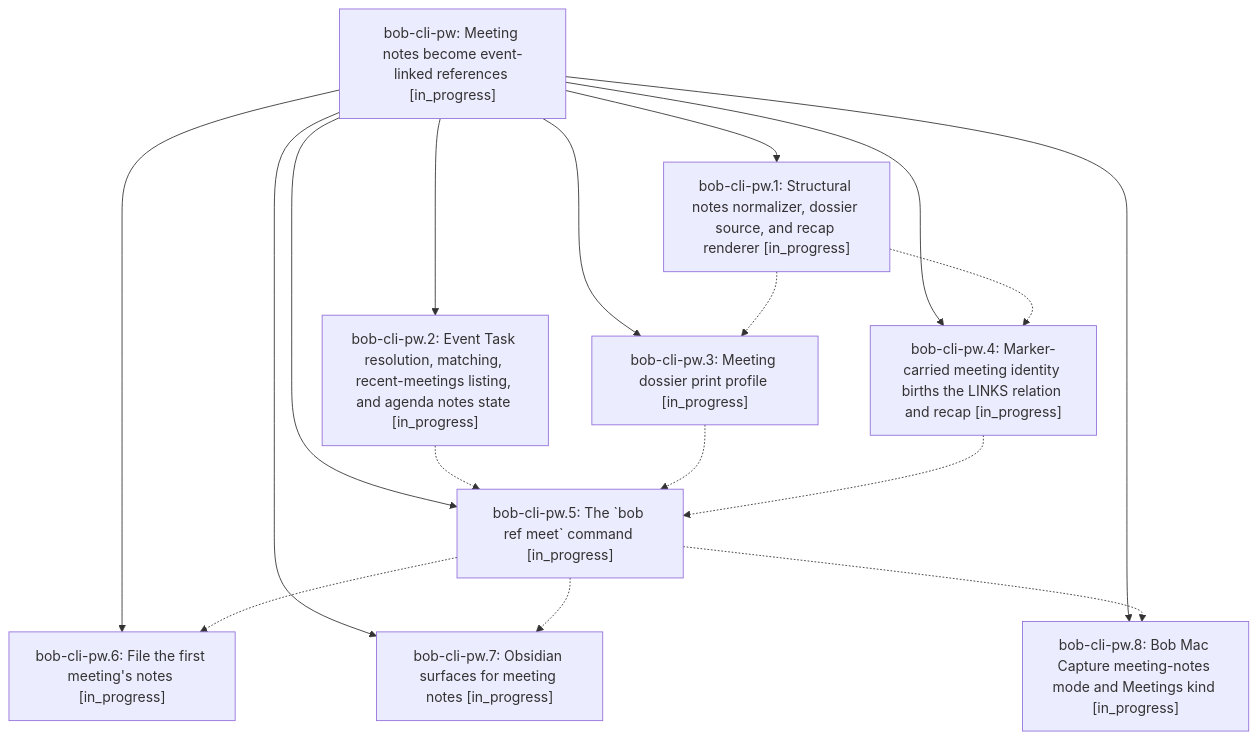
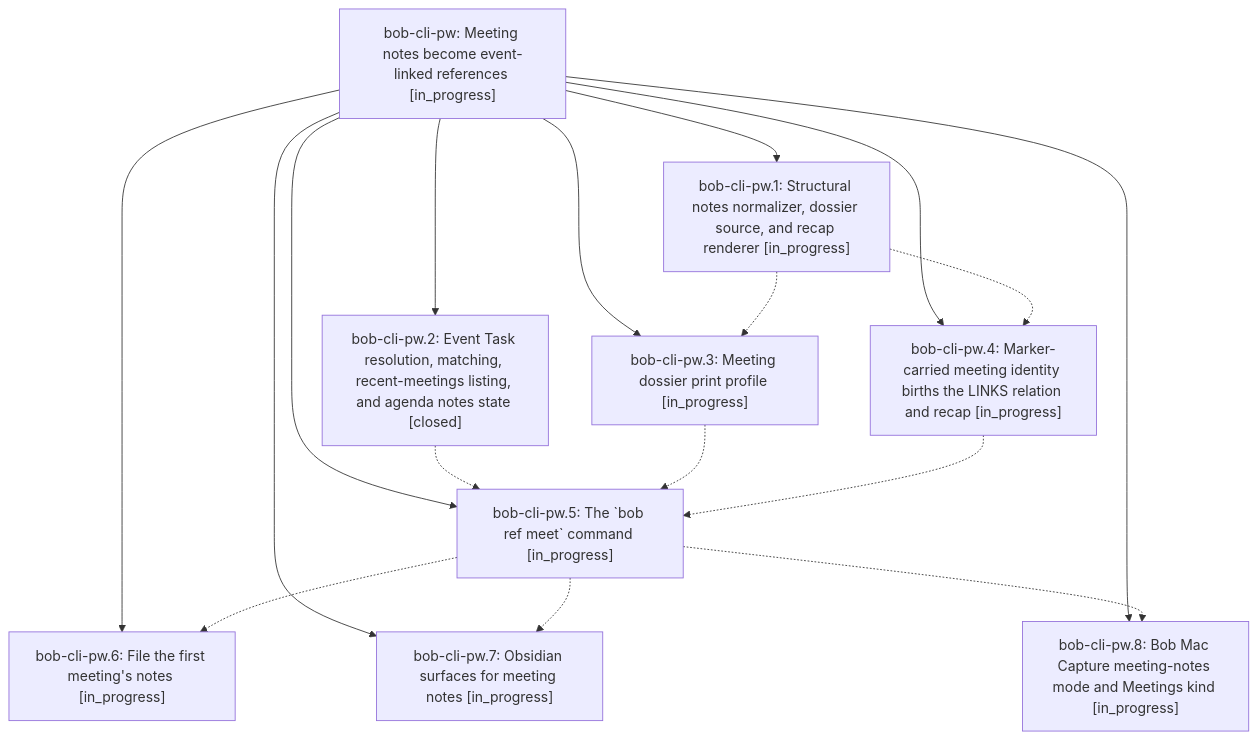
Before and after one commit to bobs-org/bob-cli--beads: the diagram in pages/bob-cli-pw/README.md, drawn with Mermaid. The commit also changed other lines of this file and 3 other files, not shown here.

First line of the commit message:
chore(beads): sync bead state and pages for bob-cli-pw

````diff
--- a/pages/bob-cli-pw/README.md
+++ b/pages/bob-cli-pw/README.md
@@ -29,28 +49,28 @@
 ```mermaid
 flowchart TD
     n0["bob-cli-pw: Meeting notes become event-linked references [in_progress]"]
     n1["bob-cli-pw.1: Structural notes normalizer, dossier source, and recap renderer [in_progress]"]
-    n2["bob-cli-pw.2: Event Task resolution, matching, recent-meetings listing, and agenda notes state [in_progress]"]
+    n2["bob-cli-pw.2: Event Task resolution, matching, recent-meetings listing, and agenda notes state [closed]"]
     n3["bob-cli-pw.3: Meeting dossier print profile [in_progress]"]
     n4["bob-cli-pw.4: Marker-carried meeting identity births the LINKS relation and recap [in_progress]"]
     n5["bob-cli-pw.5: The `bob ref meet` command [in_progress]"]
     n6["bob-cli-pw.6: File the first meeting's notes [in_progress]"]
     n7["bob-cli-pw.7: Obsidian surfaces for meeting notes [in_progress]"]
     n8["bob-cli-pw.8: Bob Mac Capture meeting-notes mode and Meetings kind [in_progress]"]
     n0 --> n1
     n0 --> n2
     n0 --> n3
     n0 --> n4
     n0 --> n5
     n0 --> n6
     n0 --> n7
     n0 --> n8
     n1 -.-> n3
     n1 -.-> n4
     n2 -.-> n5
     n3 -.-> n5
     n4 -.-> n5
     n5 -.-> n6
     n5 -.-> n7
     n5 -.-> n8
 ```
````
